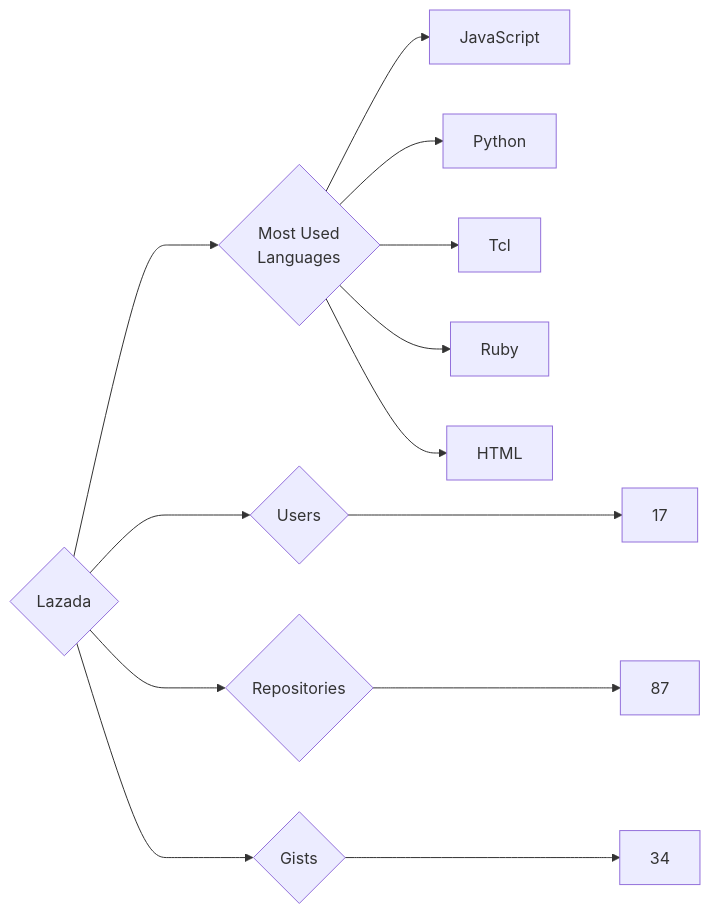
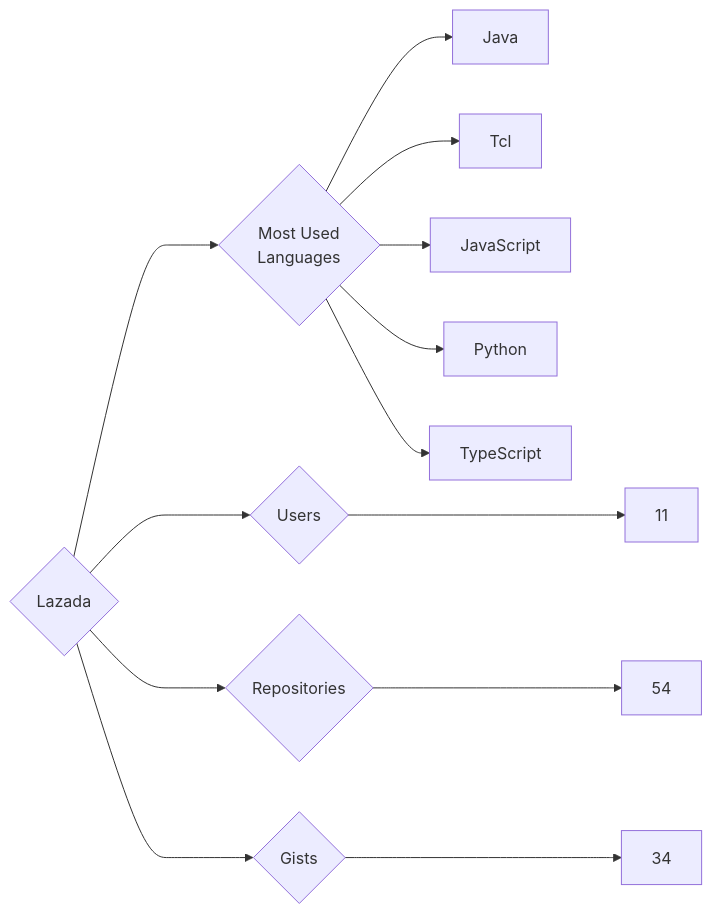
The diagram in targets/Lazada/README.md (trickest/insiders), drawn with Mermaid before and after one commit. The commit also changed 610 other files, not shown here.

````diff
--- a/targets/Lazada/README.md
+++ b/targets/Lazada/README.md
@@ -3,13 +3,13 @@
 ```mermaid
 graph LR
 COMPANY_NAME{Lazada}
-COMPANY_NAME ---> U{Users} ---> UN[17]
-COMPANY_NAME ---> R{Repositories} ---> RN[87]
+COMPANY_NAME ---> U{Users} ---> UN[11]
+COMPANY_NAME ---> R{Repositories} ---> RN[54]
 COMPANY_NAME ---> G{Gists} ---> GN[34]
 COMPANY_NAME ---> ML{Most Used<br>Languages}
+ML --> Java[Java]
+ML --> Tcl[Tcl]
 ML --> JavaScript[JavaScript]
 ML --> Python[Python]
-ML --> Tcl[Tcl]
-ML --> Ruby[Ruby]
-ML --> HTML[HTML]
+ML --> TypeScript[TypeScript]
 ```
````
